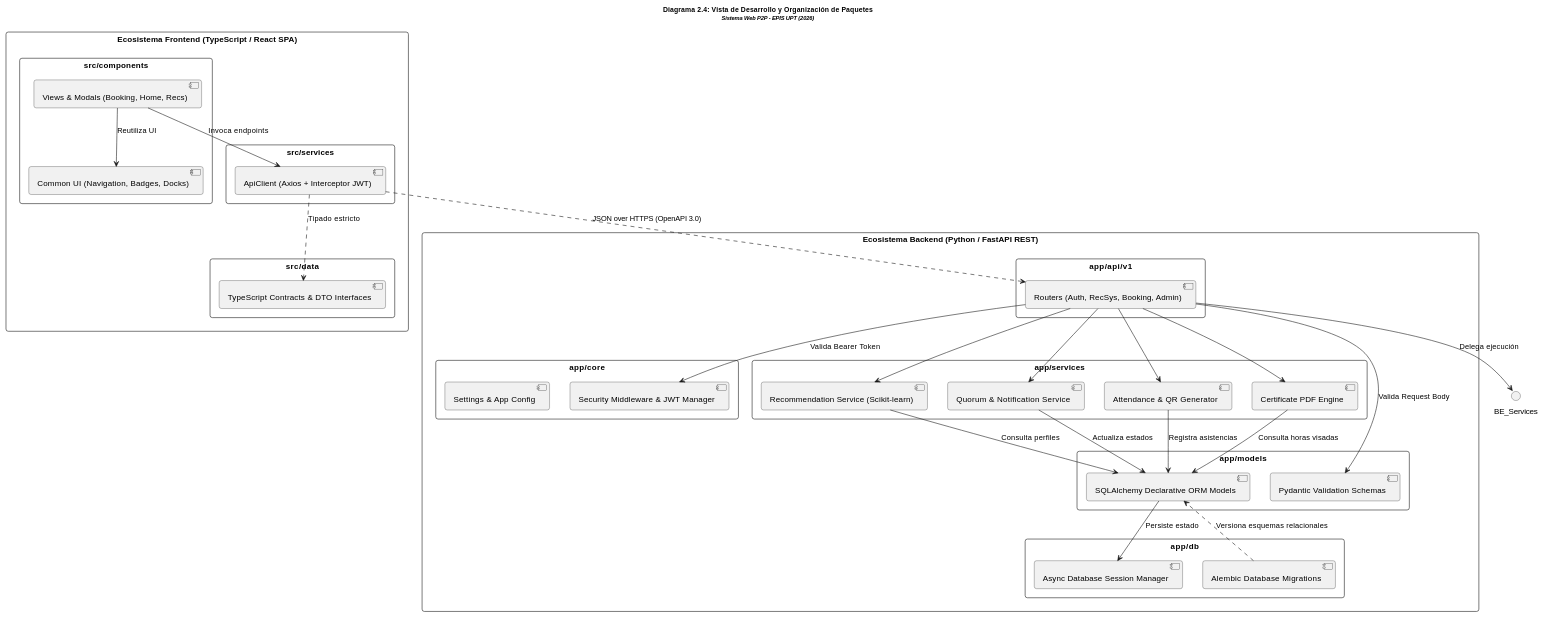
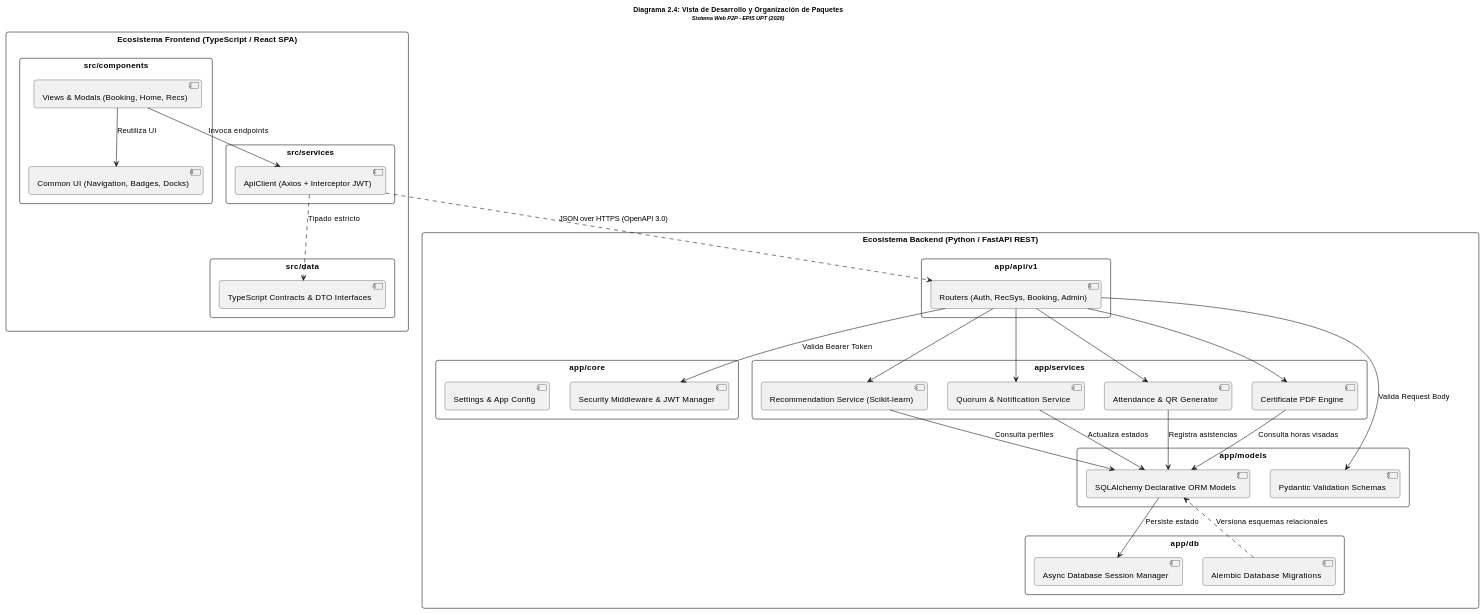
Before and after one commit to JMedina255/sistema_web_p2p: the fourth of 12 diagrams in docs/FD04-EPIS-Informe SAD de Proyecto.md, drawn with PlantUML. The commit also changed other lines of this file and 5 other files, not shown here.

````diff
--- a/docs/FD04-EPIS-Informe SAD de Proyecto.md
+++ b/docs/FD04-EPIS-Informe SAD de Proyecto.md
@@ -425,73 +433,72 @@
 ```plantuml
 @startuml
 title <size:12><b>Diagrama 2.4: Vista de Desarrollo y Organización de Paquetes</b></size>\n<size:10><i>Sistema Web P2P - EPIS UPT (2026)</i></size>
 
 skinparam packageStyle rectangle
 skinparam shadowing false
 skinparam roundcorner 8
 skinparam defaultFontName Arial
 skinparam fontSize 10
 
 package "Ecosistema Frontend (TypeScript / React SPA)" {
     package "src/components" {
         [Views & Modals (Booking, Home, Recs)] as FE_Views
         [Common UI (Navigation, Badges, Docks)] as FE_Common
     }
     package "src/services" {
         [ApiClient (Axios + Interceptor JWT)] as FE_Api
     }
     package "src/data" {
         [TypeScript Contracts & DTO Interfaces] as FE_Types
     }
 }
 
 package "Ecosistema Backend (Python / FastAPI REST)" {
     package "app/api/v1" {
         [Routers (Auth, RecSys, Booking, Admin)] as BE_Routers
     }
     package "app/core" {
         [Security Middleware & JWT Manager] as BE_Security
         [Settings & App Config] as BE_Config
     }
     package "app/services" {
         [Recommendation Service (Scikit-learn)] as BE_RecSys
         [Quorum & Notification Service] as BE_Quorum
         [Attendance & QR Generator] as BE_QR
         [Certificate PDF Engine] as BE_Certs
     }
     package "app/models" {
         [Pydantic Validation Schemas] as BE_Schemas
         [SQLAlchemy Declarative ORM Models] as BE_ORM
     }
     package "app/db" {
         [Alembic Database Migrations] as BE_Migrations
         [Async Database Session Manager] as BE_Session
     }
 }
 
 ' Dependencias de Frontend
 FE_Views --> FE_Api : Invoca endpoints
 FE_Views --> FE_Common : Reutiliza UI
 FE_Api ..> FE_Types : Tipado estricto
 
 ' Interoperabilidad mediante Contrato REST
 FE_Api ..> BE_Routers : JSON over HTTPS (OpenAPI 3.0)
 
 ' Dependencias de Backend
 BE_Routers --> BE_Security : Valida Bearer Token
 BE_Routers --> BE_Schemas : Valida Request Body
-BE_Routers --> BE_Services : Delega ejecución
 BE_Routers --> BE_RecSys
 BE_Routers --> BE_Quorum
 BE_Routers --> BE_QR
 BE_Routers --> BE_Certs
 
 BE_RecSys --> BE_ORM : Consulta perfiles
 BE_Quorum --> BE_ORM : Actualiza estados
 BE_QR --> BE_ORM : Registra asistencias
 BE_Certs --> BE_ORM : Consulta horas visadas
 
 BE_ORM --> BE_Session : Persiste estado
 BE_Migrations ..> BE_ORM : Versiona esquemas relacionales
 @enduml
 ```
````
